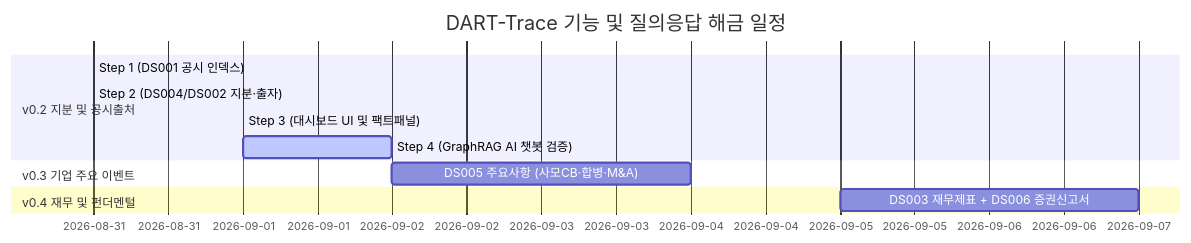
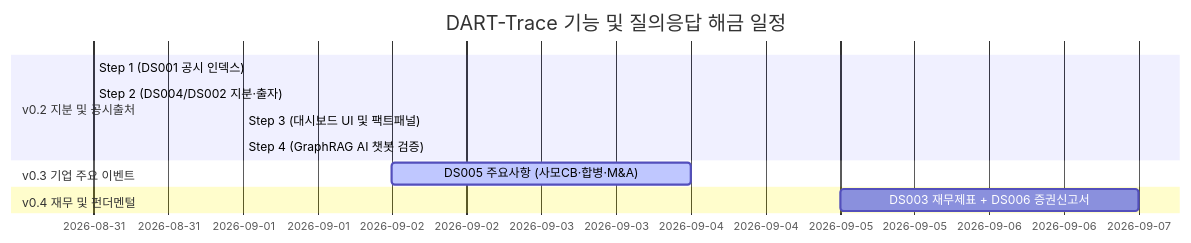
Before and after one commit to mycar4/enkoa-practice-knowledge-graph: the diagram in 내작업폴더/schedule.md, drawn with Mermaid. The commit also changed other lines of this file and 5 other files, not shown here.

Commit message:
feat: complete v0.2 Step 4 GraphRAG chatbot verification and close v0.2 milestone

````diff
--- a/내작업폴더/schedule.md
+++ b/내작업폴더/schedule.md
@@ -41,14 +42,14 @@
 ```mermaid
 gantt
     title DART-Trace 기능 및 질의응답 해금 일정
     dateFormat  YYYY-MM-DD
     section v0.2 지분 및 공시출처
     Step 1 (DS001 공시 인덱스)       :done,    des1, 2026-08-31, 2026-08-31
     Step 2 (DS004/DS002 지분·출자)    :done,    des2, 2026-08-31, 2026-08-31
     Step 3 (대시보드 UI 및 팩트패널)   :done,    des3, 2026-09-01, 2026-09-01
-    Step 4 (GraphRAG AI 챗봇 검증)   :active,  des4, 2026-09-01, 2026-09-02
+    Step 4 (GraphRAG AI 챗봇 검증)   :done,    des4, 2026-09-01, 2026-09-01
     section v0.3 기업 주요 이벤트
-    DS005 주요사항 (사모CB·합병·M&A) :         des5, 2026-09-02, 2026-09-04
+    DS005 주요사항 (사모CB·합병·M&A) :active,  des5, 2026-09-02, 2026-09-04
     section v0.4 재무 및 펀더멘털
     DS003 재무제표 + DS006 증권신고서 :         des6, 2026-09-05, 2026-09-07
 ```
````
